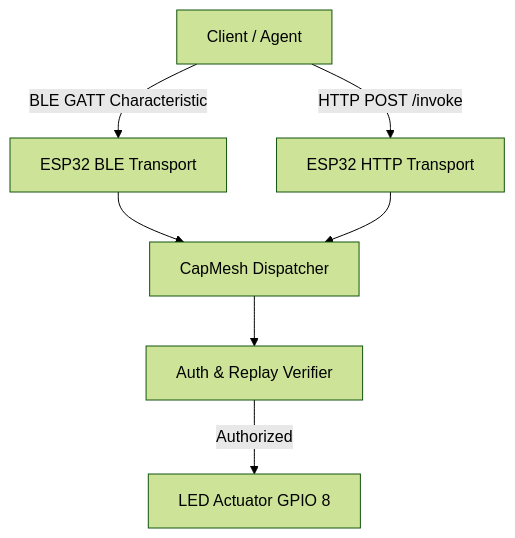
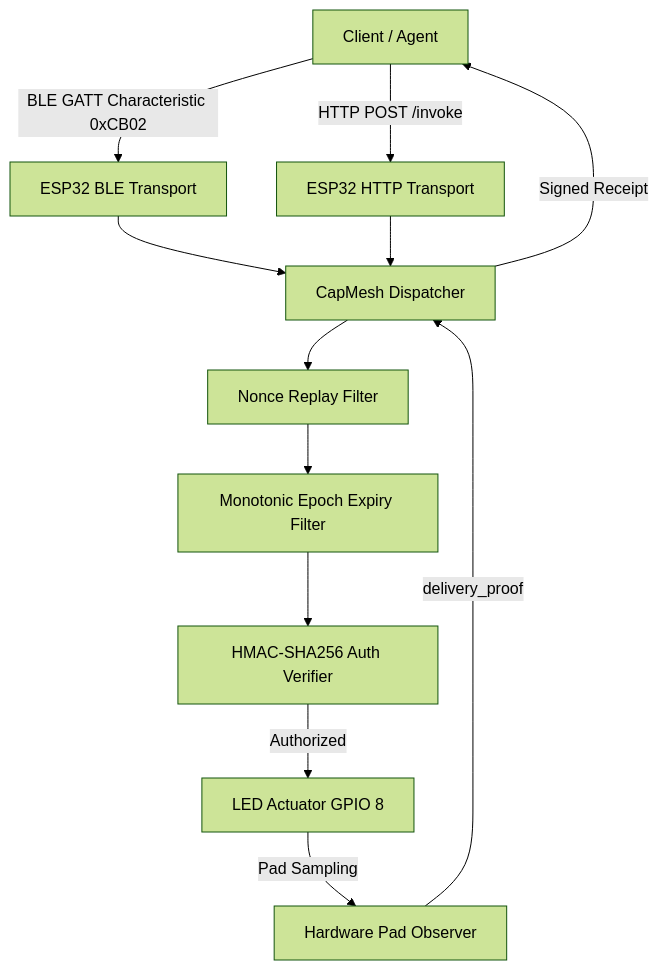
Before and after one commit to epicexcelsior/capmesh-poc: the second of 3 diagrams in docs/ARCHITECTURE.md, drawn with Mermaid (forest theme). The commit also changed other lines of this file and 22 other files, not shown here.

````diff
--- a/docs/ARCHITECTURE.md
+++ b/docs/ARCHITECTURE.md
@@ -62,9 +62,14 @@
 ```mermaid
 flowchart TD
-    Client[Client / Agent] -->|BLE GATT Characteristic| ESP_BLE[ESP32 BLE Transport]
+    Client[Client / Agent] -->|BLE GATT Characteristic 0xCB02| ESP_BLE[ESP32 BLE Transport]
     Client -->|HTTP POST /invoke| ESP_HTTP[ESP32 HTTP Transport]
     ESP_BLE --> Dispatcher[CapMesh Dispatcher]
     ESP_HTTP --> Dispatcher
-    Dispatcher --> Auth[Auth & Replay Verifier]
+    Dispatcher --> ReplayCheck[Nonce Replay Filter]
+    ReplayCheck --> ExpiryCheck[Monotonic Epoch Expiry Filter]
+    ExpiryCheck --> Auth[HMAC-SHA256 Auth Verifier]
     Auth -->|Authorized| Actuator[LED Actuator GPIO 8]
+    Actuator -->|Pad Sampling| Observer[Hardware Pad Observer]
+    Observer -->|delivery_proof| Dispatcher
+    Dispatcher -->|Signed Receipt| Client
 ```
````
